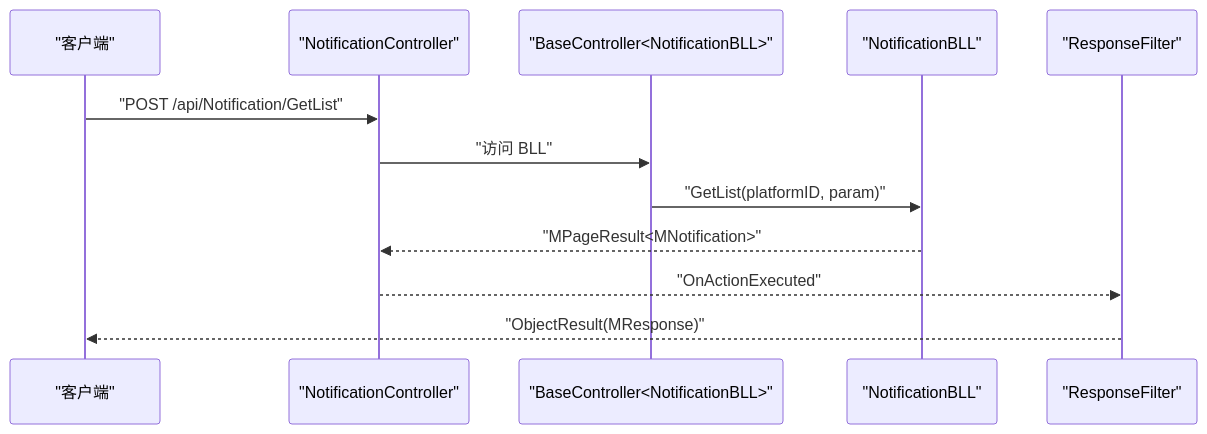
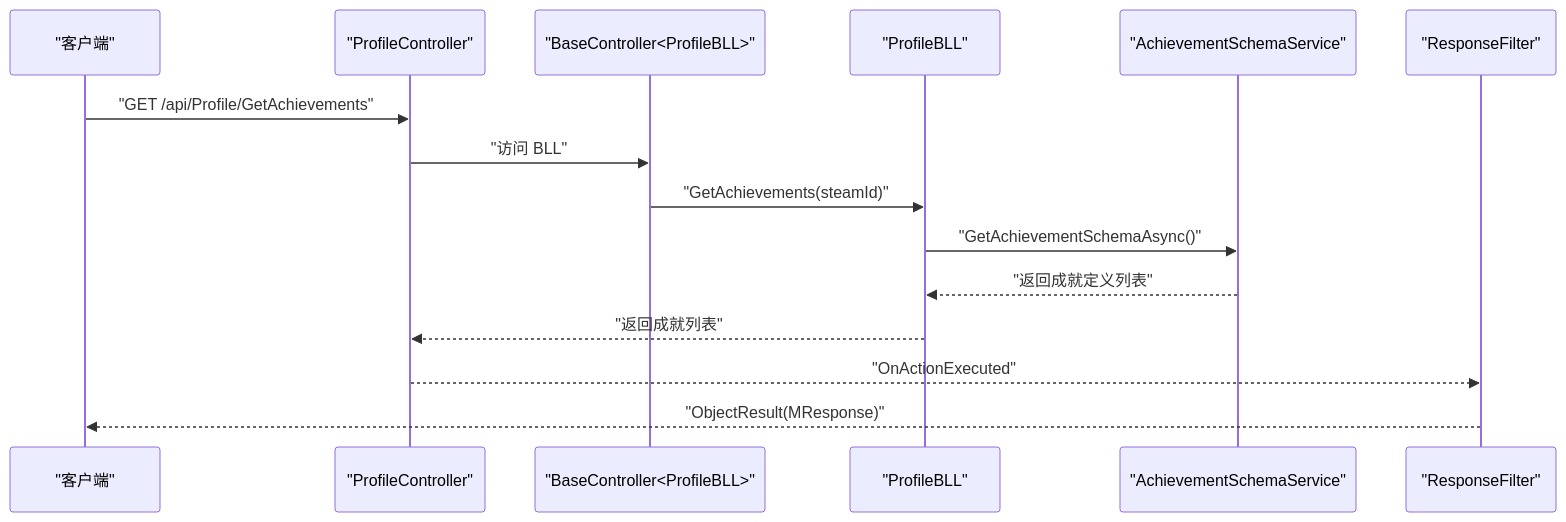
One commit to TinyMaD/SpeedRunnersLab changed the fourth of 7 diagrams in .qoder/repowiki/zh/content/后端 API 服务/API 架构设计.md. Above: the diagram before and after it, drawn with Mermaid. The commit also changed other lines of this file and 9 other files, not shown here.

````diff
--- a/.qoder/repowiki/zh/content/后端 API 服务/API 架构设计.md
+++ b/.qoder/repowiki/zh/content/后端 API 服务/API 架构设计.md
@@ -256,14 +292,17 @@
 ```mermaid
 sequenceDiagram
 participant Client as "客户端"
-participant Ctrl as "NotificationController"
-participant Base as "BaseController<NotificationBLL>"
-participant BLL as "NotificationBLL"
+participant Ctrl as "ProfileController"
+participant Base as "BaseController<ProfileBLL>"
+participant BLL as "ProfileBLL"
+participant AchievementCache as "AchievementSchemaService"
 participant Filter as "ResponseFilter"
-Client->>Ctrl : "POST /api/Notification/GetList"
+Client->>Ctrl : "GET /api/Profile/GetAchievements"
 Ctrl->>Base : "访问 BLL"
-Base->>BLL : "GetList(platformID, param)"
-BLL-->>Ctrl : "MPageResult<MNotification>"
+Base->>BLL : "GetAchievements(steamId)"
+BLL->>AchievementCache : "GetAchievementSchemaAsync()"
+AchievementCache-->>BLL : "返回成就定义列表"
+BLL-->>Ctrl : "返回成就列表"
 Ctrl-->>Filter : "OnActionExecuted"
 Filter-->>Client : "ObjectResult(MResponse)"
 ```
````
